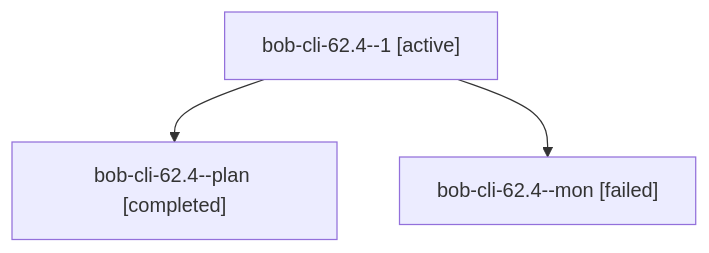
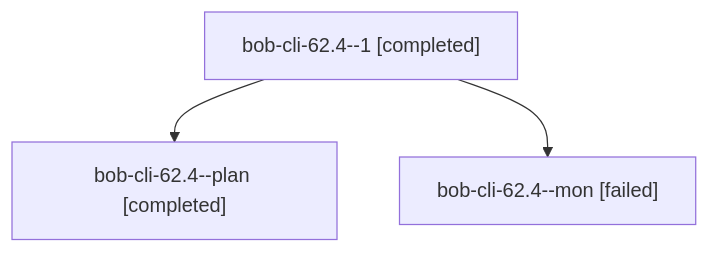
One commit to bobs-org/bob-cli--agents changed the diagram in sessions/bbugyi200.athena.bob-cli-62.4.md. Above: the diagram before and after it, drawn with Mermaid. The commit also changed other lines of this file and 55 other files, not shown here.

````diff
--- a/sessions/bbugyi200.athena.bob-cli-62.4.md
+++ b/sessions/bbugyi200.athena.bob-cli-62.4.md
@@ -9,8 +9,8 @@
 ```mermaid
 flowchart TD
-  n0["bob-cli-62.4--1 [active]"]
+  n0["bob-cli-62.4--1 [completed]"]
   n1["bob-cli-62.4--plan [completed]"]
   n0 --> n1
   n2["bob-cli-62.4--mon [failed]"]
   n0 --> n2
 ```
````
